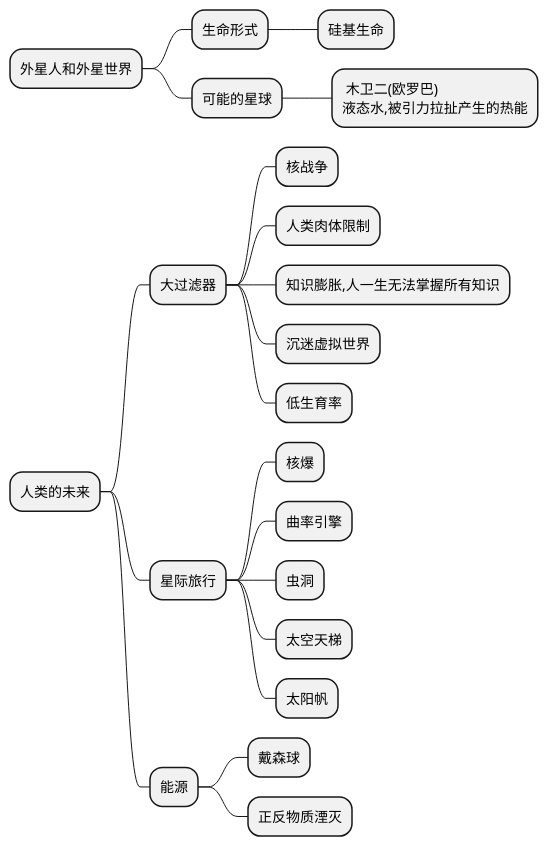
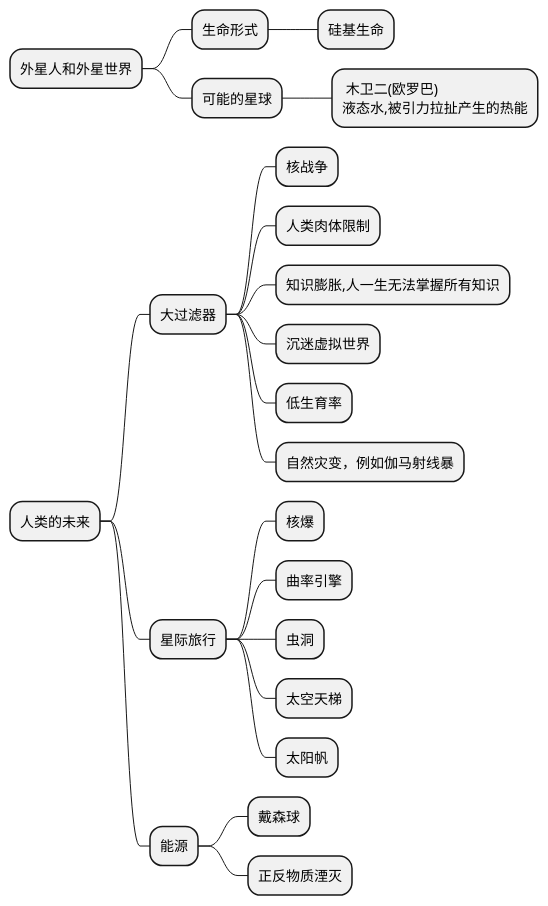
The diagram in D·观点-know_who/总结/遥远的未来.plantuml (Huang2070/alpha-centauri-c), drawn with PlantUML before and after one commit. The commit also changed 3 other files, not shown here.

```diff
--- a/D·观点-know_who/总结/遥远的未来.plantuml
+++ b/D·观点-know_who/总结/遥远的未来.plantuml
@@ -1,29 +1,30 @@
 @startmindmap 未来
 * 外星人和外星世界
 ** 生命形式
 *** 硅基生命
 ** 可能的星球
 ***: 木卫二(欧罗巴)
 液态水,被引力拉扯产生的热能;
 
 
 * 人类的未来
 ** 大过滤器
 *** 核战争
 *** 人类肉体限制
 *** 知识膨胀,人一生无法掌握所有知识
 *** 沉迷虚拟世界
 *** 低生育率
+*** 自然灾变，例如伽马射线暴
 
 ** 星际旅行
 *** 核爆
 *** 曲率引擎
 *** 虫洞
 *** 太空天梯
 *** 太阳帆
 
 ** 能源
 *** 戴森球
 *** 正反物质湮灭
 
 @endmindmap
```
